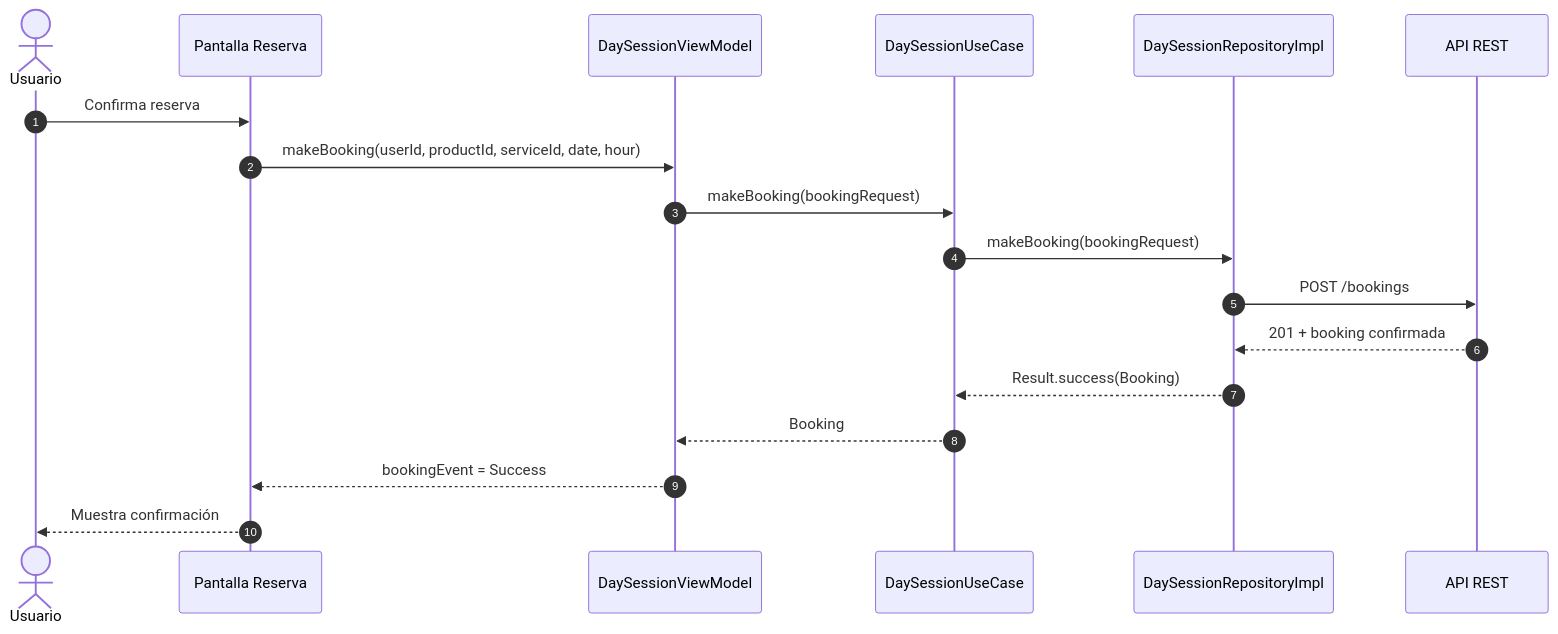
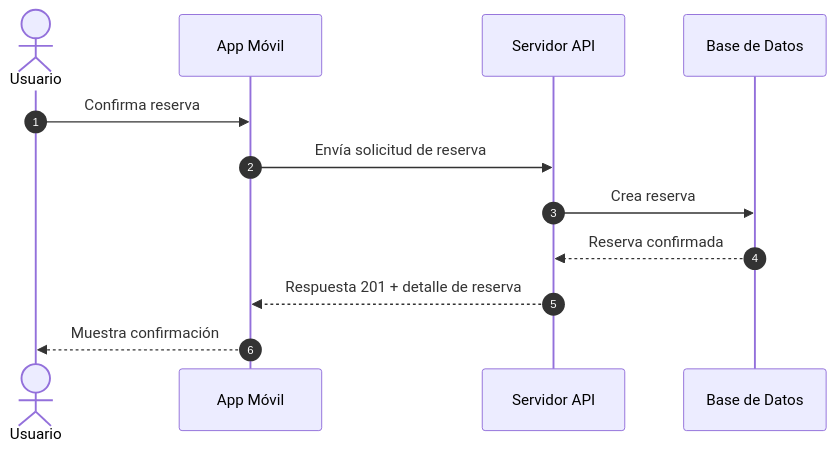
Before and after one commit to asobrados03/HumanPerformApp: the fourth of 12 diagrams in docs/SEQUENCE_DIAGRAMS.md, drawn with Mermaid. The commit also changed other lines of this file, not shown here.

Commit message:
Ajustar diagrama de métodos de pago para usar Stripe

````diff
--- a/docs/SEQUENCE_DIAGRAMS.md
+++ b/docs/SEQUENCE_DIAGRAMS.md
@@ -79,21 +63,15 @@
 ```mermaid
 sequenceDiagram
     autonumber
     actor U as Usuario
-    participant UI as Pantalla Reserva
-    participant VM as DaySessionViewModel
-    participant UC as DaySessionUseCase
-    participant REPO as DaySessionRepositoryImpl
-    participant API as API REST
+    participant APP as App Móvil
+    participant API as Servidor API
+    participant DB as Base de Datos
 
-    U->>UI: Confirma reserva
-    UI->>VM: makeBooking(userId, productId, serviceId, date, hour)
-    VM->>UC: makeBooking(bookingRequest)
-    UC->>REPO: makeBooking(bookingRequest)
-    REPO->>API: POST /bookings
-    API-->>REPO: 201 + booking confirmada
-    REPO-->>UC: Result.success(Booking)
-    UC-->>VM: Booking
-    VM-->>UI: bookingEvent = Success
-    UI-->>U: Muestra confirmación
+    U->>APP: Confirma reserva
+    APP->>API: Envía solicitud de reserva
+    API->>DB: Crea reserva
+    DB-->>API: Reserva confirmada
+    API-->>APP: Respuesta 201 + detalle de reserva
+    APP-->>U: Muestra confirmación
 ```
````
